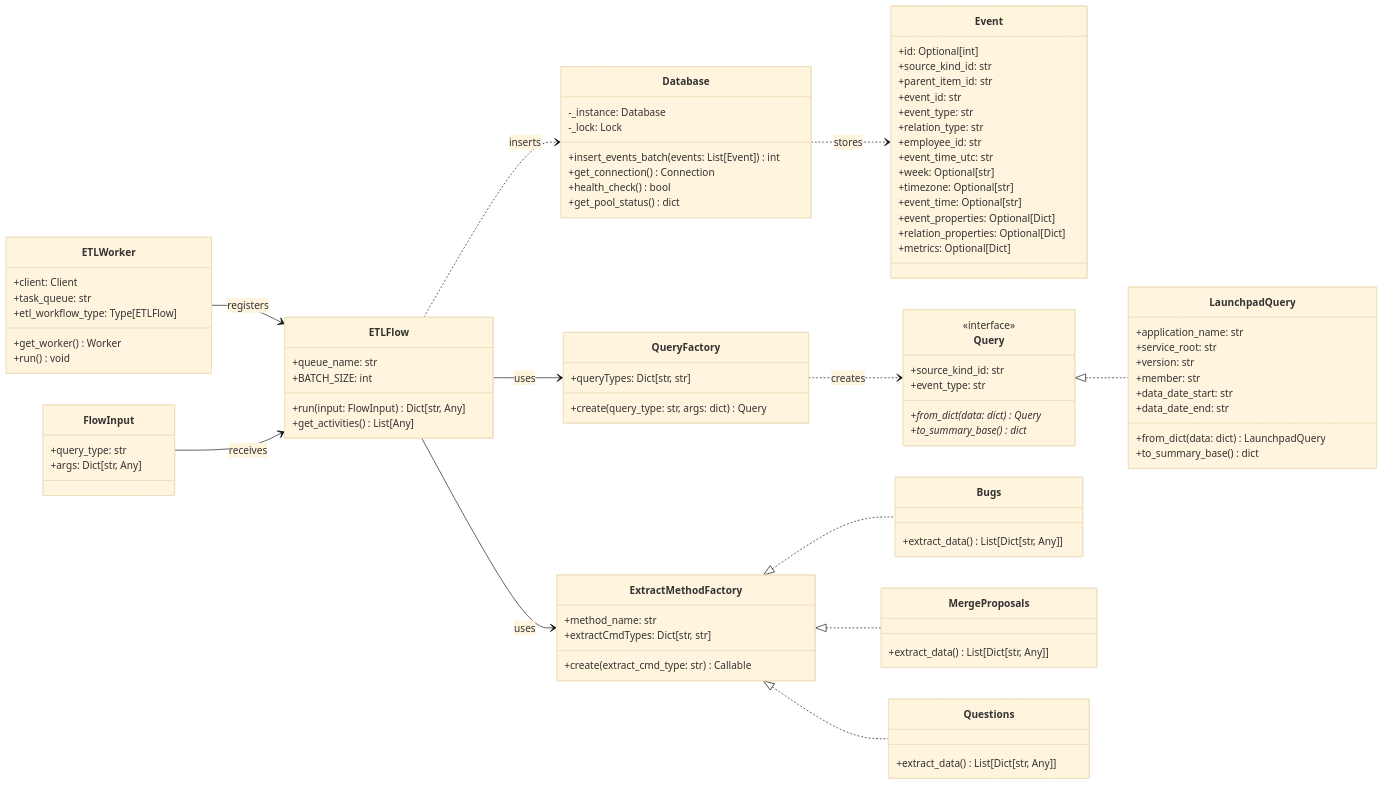
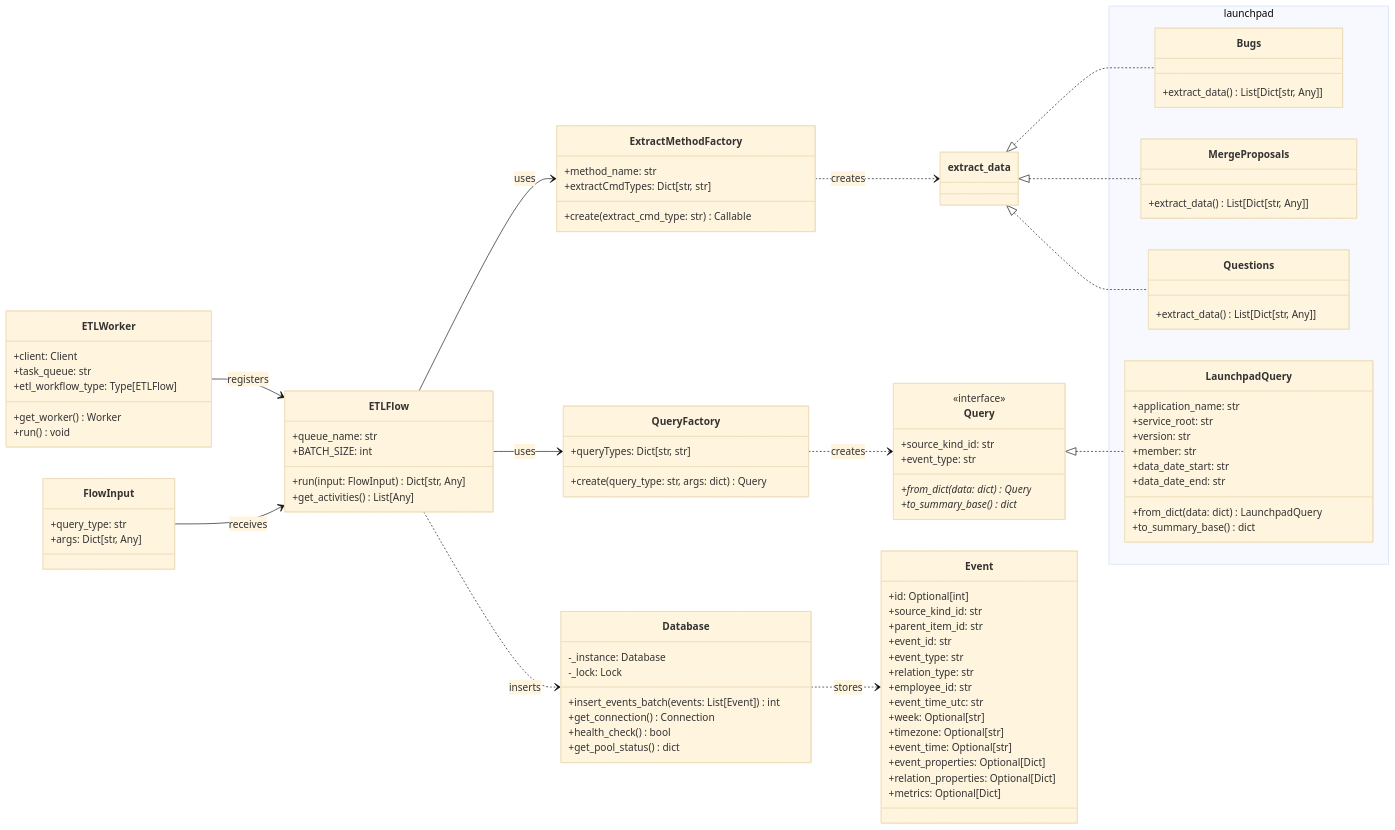
Before and after one commit to josecabralf/TemporalETL: the diagram in README.md, drawn with Mermaid (base theme).

Commit message:
Made class diagram more explicit

````diff
--- a/README.md
+++ b/README.md
@@ -38,6 +38,75 @@
 	    +BATCH_SIZE: int
 	    +run(input: FlowInput) Dict[str, Any]
 	    +get_activities() List[Any]
+    }
+
+    class Query {
+	    +source_kind_id: str
+	    +event_type: str
+	    +from_dict(data: dict) Query*
+	    +to_summary_base() dict*
+    }
+    <<interface>> Query
+
+    class QueryFactory {
+	    +queryTypes: Dict[str, str]
+	    +create(query_type: str, args: dict) Query
+    }
+
+    class FlowInput {
+	    +query_type: str
+	    +args: Dict[str, Any]
+    }
+
+    class ExtractMethodFactory {
+	    +method_name: str
+	    +extractCmdTypes: Dict[str, str]
+	    +create(extract_cmd_type: str) Callable
+    }
+
+    class ETLWorker {
+	    +client: Client
+	    +task_queue: str
+	    +etl_workflow_type: Type[ETLFlow]
+	    +get_worker() Worker
+	    +run() void
+    }
+
+    class extract_data {
+    }
+
+    namespace launchpad {
+        class Bugs {
+            +extract_data() List[Dict[str, Any]]
+        }
+
+        class MergeProposals {
+            +extract_data() List[Dict[str, Any]]
+        }
+
+        class Questions {
+            +extract_data() List[Dict[str, Any]]
+        }
+
+        class LaunchpadQuery {
+            +application_name: str
+            +service_root: str
+            +version: str
+            +member: str
+            +data_date_start: str
+            +data_date_end: str
+            +from_dict(data: dict) LaunchpadQuery
+            +to_summary_base() dict
+        }
+	}
+
+    class Database {
+	    -_instance: Database
+	    -_lock: Lock
+	    +insert_events_batch(events: List[Event]) int
+	    +get_connection() Connection
+	    +health_check() bool
+	    +get_pool_status() dict
     }
 
     class Event {
@@ -57,85 +126,23 @@
 	    +metrics: Optional[Dict]
     }
 
-    class Query {
-	    +source_kind_id: str
-	    +event_type: str
-	    +from_dict(data: dict) Query*
-	    +to_summary_base() dict*
-    }
-
-    class LaunchpadQuery {
-	    +application_name: str
-	    +service_root: str
-	    +version: str
-	    +member: str
-	    +data_date_start: str
-	    +data_date_end: str
-	    +from_dict(data: dict) LaunchpadQuery
-	    +to_summary_base() dict
-    }
-
-    class QueryFactory {
-	    +queryTypes: Dict[str, str]
-	    +create(query_type: str, args: dict) Query
-    }
-
-    class FlowInput {
-	    +query_type: str
-	    +args: Dict[str, Any]
-    }
-
-    class Database {
-	    -_instance: Database
-	    -_lock: Lock
-	    +insert_events_batch(events: List[Event]) int
-	    +get_connection() Connection
-	    +health_check() bool
-	    +get_pool_status() dict
-    }
-
-    class ExtractMethodFactory {
-	    +method_name: str
-	    +extractCmdTypes: Dict[str, str]
-	    +create(extract_cmd_type: str) Callable
-    }
-
-    class ETLWorker {
-	    +client: Client
-	    +task_queue: str
-	    +etl_workflow_type: Type[ETLFlow]
-	    +get_worker() Worker
-	    +run() void
-    }
-
-    class Bugs {
-	    +extract_data() List[Dict[str, Any]]
-    }
-
-    class MergeProposals {
-	    +extract_data() List[Dict[str, Any]]
-    }
-
-    class Questions {
-	    +extract_data() List[Dict[str, Any]]
-    }
-
-	<<interface>> Query
-
     ETLWorker --> ETLFlow : registers
 
     ETLFlow --> QueryFactory : uses
     ETLFlow --> ExtractMethodFactory : uses
     ETLFlow ..> Database : inserts
-    
+
     FlowInput --> ETLFlow : receives
 
     QueryFactory ..> Query : creates
+
     Query <|.. LaunchpadQuery
 
     Database ..> Event : stores
 
-    ExtractMethodFactory <|.. Bugs
-    ExtractMethodFactory <|.. MergeProposals
-    ExtractMethodFactory <|.. Questions
+    ExtractMethodFactory ..> extract_data : creates
+
+    extract_data <|.. Bugs
+    extract_data <|.. MergeProposals
+    extract_data <|.. Questions
 ```
````
